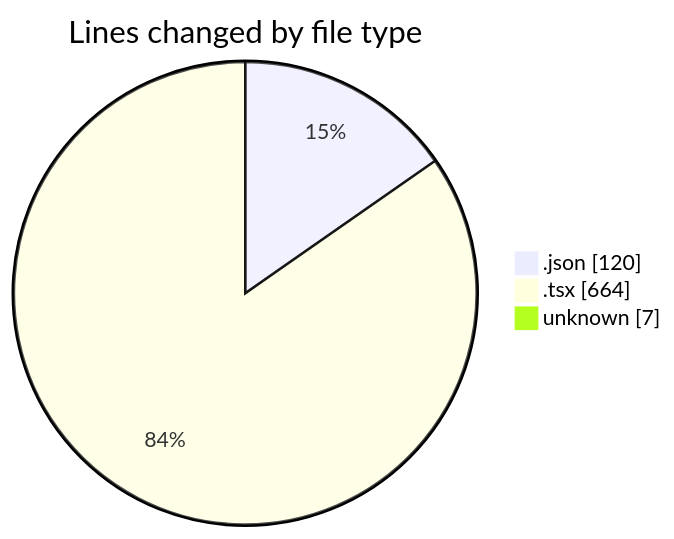
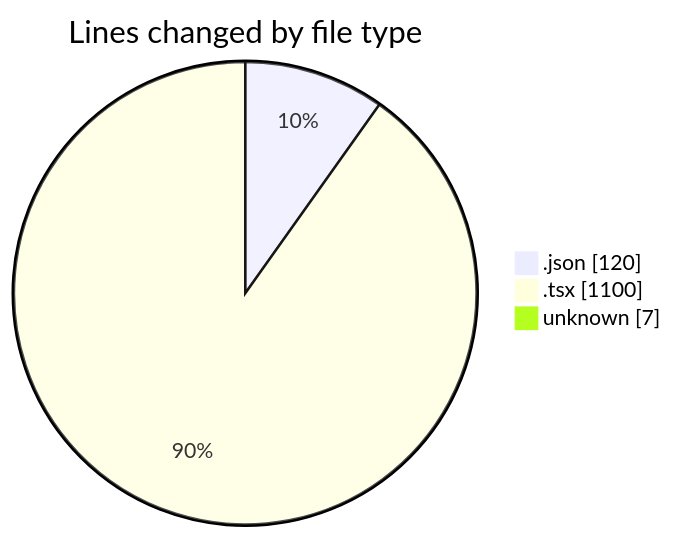
Before and after one commit to 3Nya3/code-tracking: the first of 2 diagrams in 2024-12-31/nyah/README.md, drawn with Mermaid. The commit also changed other lines of this file and 1 other file, not shown here.

````diff
--- a/2024-12-31/nyah/README.md
+++ b/2024-12-31/nyah/README.md
@@ -22,7 +22,7 @@
 ```mermaid
 pie showData
 title Lines changed by file type
 ".json" : 120
-".tsx" : 664
+".tsx" : 1100
 "unknown" : 7
 ```
````
